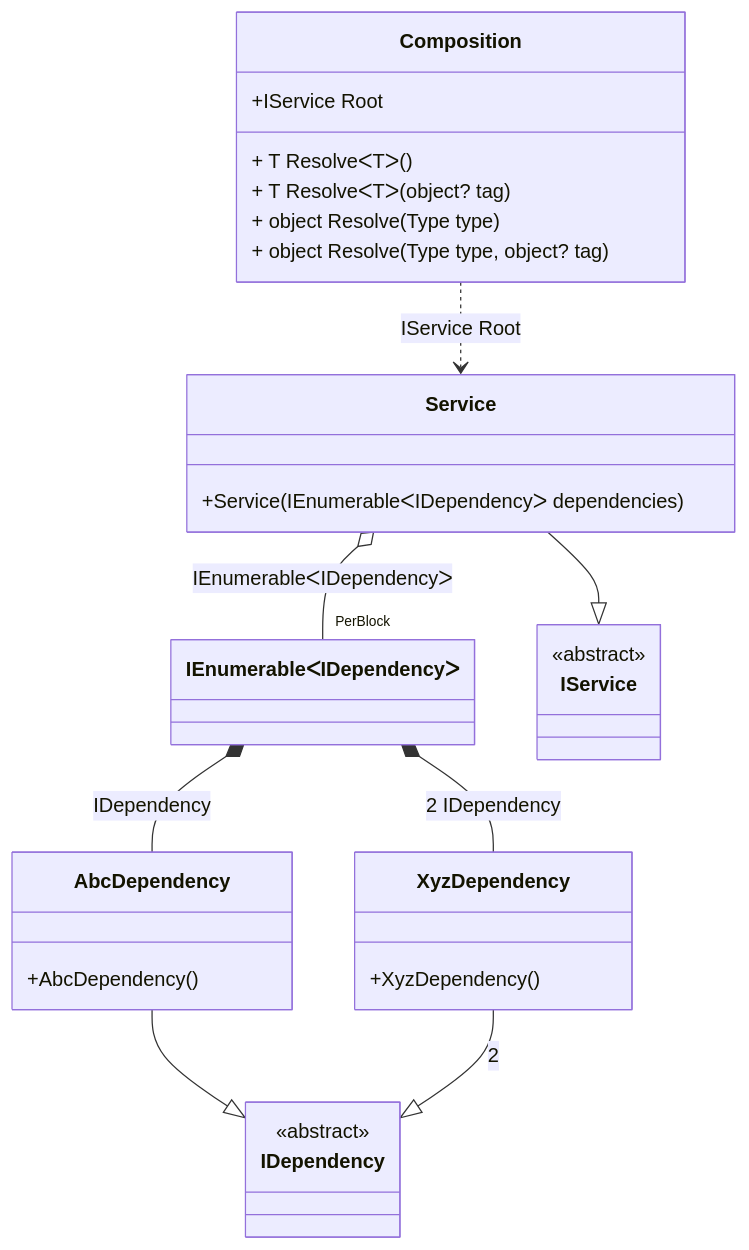
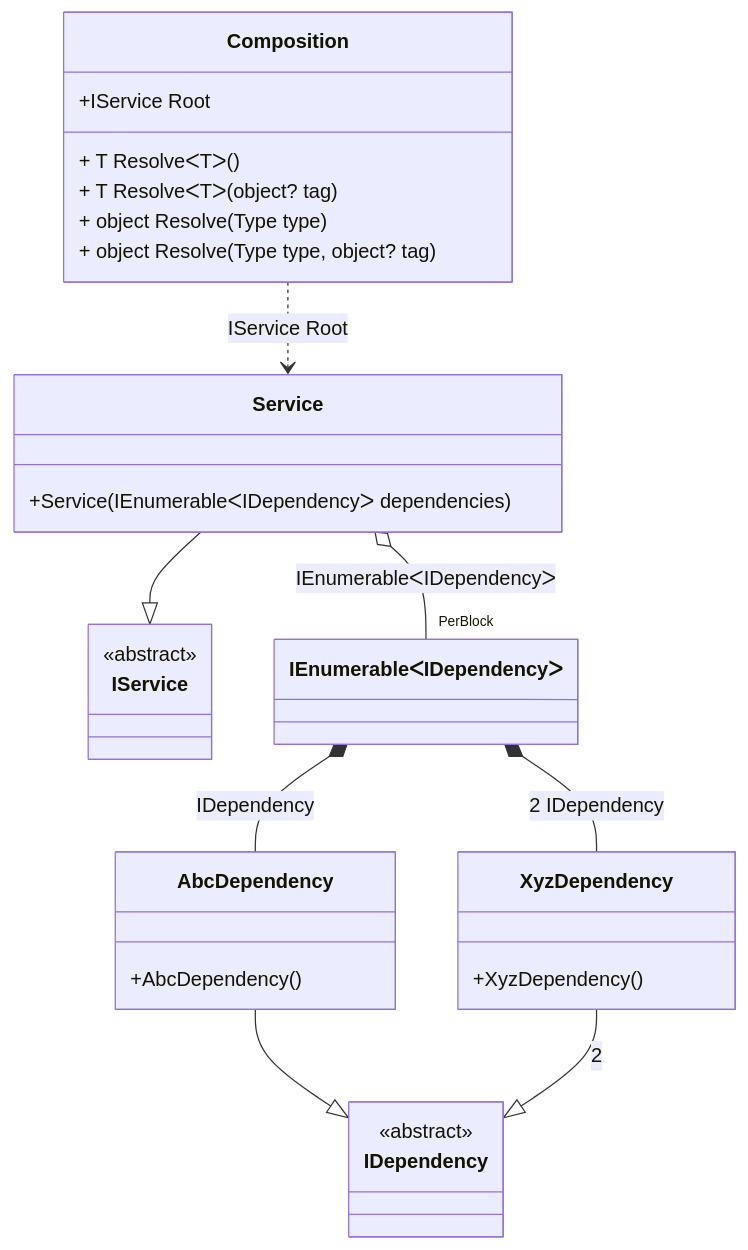
One commit to DevTeam/Pure.DI changed the diagram in readme/enumerable.md. Above: the diagram before and after it, drawn with Mermaid. The commit also changed other lines of this file and 103 other files, not shown here.

````diff
--- a/readme/enumerable.md
+++ b/readme/enumerable.md
@@ -43,33 +43,33 @@
 ```mermaid
 classDiagram
   class Composition {
     +IService Root
     + T ResolveᐸTᐳ()
     + T ResolveᐸTᐳ(object? tag)
     + object Resolve(Type type)
     + object Resolve(Type type, object? tag)
   }
-  class IEnumerableᐸIDependencyᐳ
   AbcDependency --|> IDependency : 
   class AbcDependency {
     +AbcDependency()
   }
   XyzDependency --|> IDependency : 2 
   class XyzDependency {
     +XyzDependency()
   }
   Service --|> IService : 
   class Service {
     +Service(IEnumerableᐸIDependencyᐳ dependencies)
   }
+  class IEnumerableᐸIDependencyᐳ
   class IDependency {
     <<abstract>>
   }
   class IService {
     <<abstract>>
   }
+  Service o--  "PerBlock" IEnumerableᐸIDependencyᐳ : IEnumerableᐸIDependencyᐳ
+  Composition ..> Service : IService Root
   IEnumerableᐸIDependencyᐳ *--  AbcDependency : IDependency
   IEnumerableᐸIDependencyᐳ *--  XyzDependency : 2  IDependency
-  Service o--  "PerBlock" IEnumerableᐸIDependencyᐳ : IEnumerableᐸIDependencyᐳ
-  Composition ..> Service : IService Root
 ```
````
